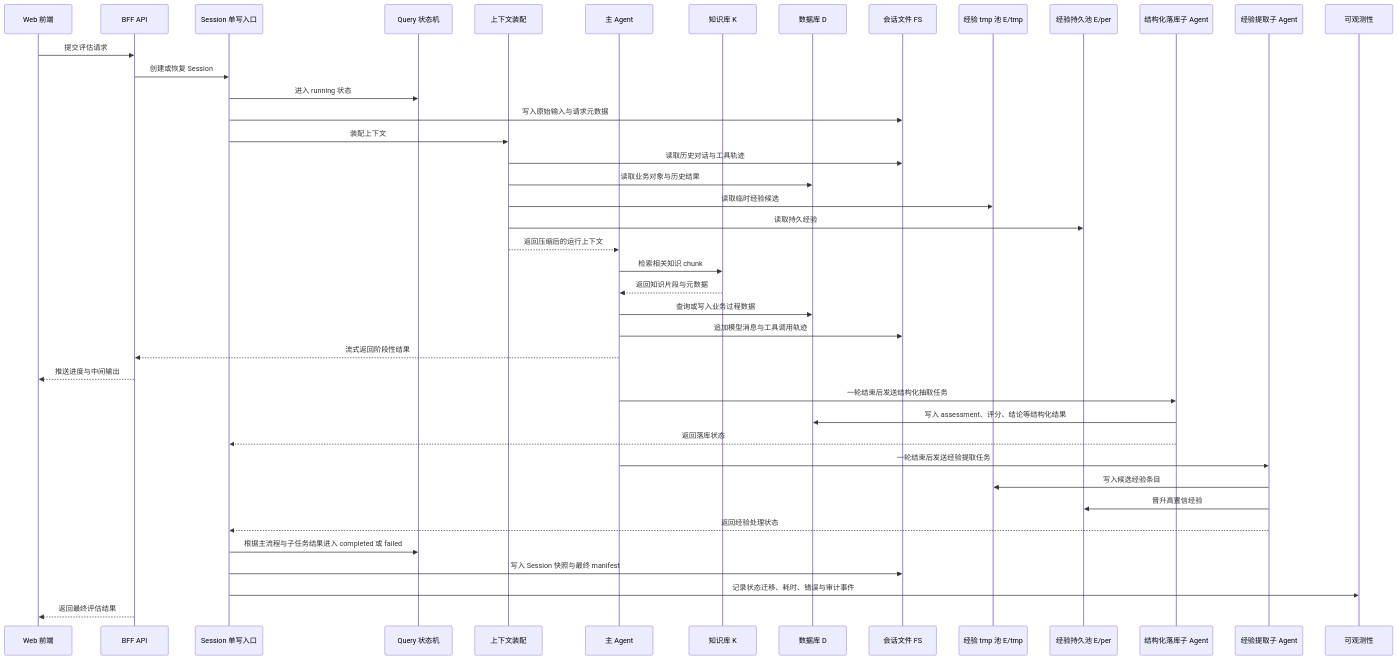
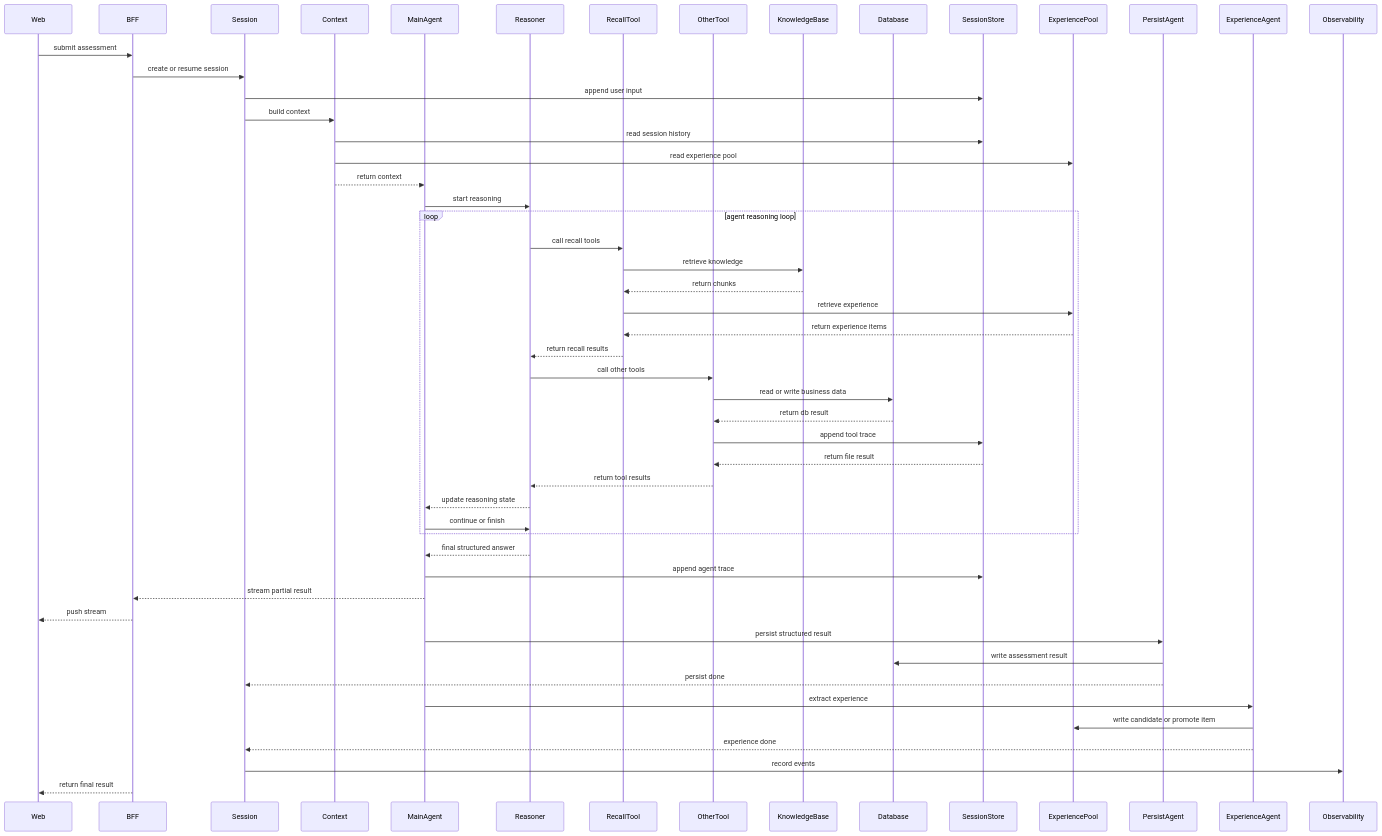
Before and after one commit to LB-Young/SZ: the second of 2 diagrams in docs/Architecture-Design.md, drawn with Mermaid. The commit also changed other lines of this file, not shown here.

````diff
--- a/docs/Architecture-Design.md
+++ b/docs/Architecture-Design.md
@@ -73,49 +95,60 @@
 ```mermaid
 sequenceDiagram
-  participant UI as Web 前端
-  participant API as BFF API
-  participant SM as Session 单写入口
-  participant FSM as Query 状态机
-  participant CTX as 上下文装配
-  participant MA as 主 Agent
-  participant KB as 知识库 K
-  participant DB as 数据库 D
-  participant FS as 会话文件 FS
-  participant TMP as 经验 tmp 池 E/tmp
-  participant PER as 经验持久池 E/per
-  participant SP as 结构化落库子 Agent
-  participant SE as 经验提取子 Agent
-  participant OBS as 可观测性
+    participant UI as Web
+    participant API as BFF
+    participant SM as Session
+    participant CTX as Context
+    participant MA as MainAgent
+    participant RS as Reasoner
+    participant RT as RecallTool
+    participant OT as OtherTool
+    participant KB as KnowledgeBase
+    participant DB as Database
+    participant FS as SessionStore
+    participant EXP as ExperiencePool
+    participant SP as PersistAgent
+    participant SE as ExperienceAgent
+    participant OBS as Observability
 
-  UI->>API: 提交评估请求
-  API->>SM: 创建或恢复 Session
-  SM->>FSM: 进入 running 状态
-  SM->>FS: 写入原始输入与请求元数据
-  SM->>CTX: 装配上下文
-  CTX->>FS: 读取历史对话与工具轨迹
-  CTX->>DB: 读取业务对象与历史结果
-  CTX->>TMP: 读取临时经验候选
-  CTX->>PER: 读取持久经验
-  CTX-->>MA: 返回压缩后的运行上下文
+    UI->>API: submit assessment
+    API->>SM: create or resume session
+    SM->>FS: append user input
+    SM->>CTX: build context
+    CTX->>FS: read session history
+    CTX->>EXP: read experience pool
+    CTX-->>MA: return context
 
-  MA->>KB: 检索相关知识 chunk
-  KB-->>MA: 返回知识片段与元数据
-  MA->>DB: 查询或写入业务过程数据
-  MA->>FS: 追加模型消息与工具调用轨迹
-  MA-->>API: 流式返回阶段性结果
-  API-->>UI: 推送进度与中间输出
+    MA->>RS: start reasoning
+    loop agent reasoning loop
+        RS->>RT: call recall tools
+        RT->>KB: retrieve knowledge
+        KB-->>RT: return chunks
+        RT->>EXP: retrieve experience
+        EXP-->>RT: return experience items
+        RT-->>RS: return recall results
+        RS->>OT: call other tools
+        OT->>DB: read or write business data
+        DB-->>OT: return db result
+        OT->>FS: append tool trace
+        FS-->>OT: return file result
+        OT-->>RS: return tool results
+        RS-->>MA: update reasoning state
+        MA->>RS: continue or finish
+    end
 
-  MA->>SP: 一轮结束后发送结构化抽取任务
-  SP->>DB: 写入 assessment、评分、结论等结构化结果
-  SP-->>SM: 返回落库状态
+    RS-->>MA: final structured answer
+    MA->>FS: append agent trace
+    MA-->>API: stream partial result
+    API-->>UI: push stream
 
-  MA->>SE: 一轮结束后发送经验提取任务
-  SE->>TMP: 写入候选经验条目
-  SE->>PER: 晋升高置信经验
-  SE-->>SM: 返回经验处理状态
+    MA->>SP: persist structured result
+    SP->>DB: write assessment result
+    SP-->>SM: persist done
 
-  SM->>FSM: 根据主流程与子任务结果进入 completed 或 failed
-  SM->>FS: 写入 Session 快照与最终 manifest
-  SM->>OBS: 记录状态迁移、耗时、错误与审计事件
-  API-->>UI: 返回最终评估结果
+    MA->>SE: extract experience
+    SE->>EXP: write candidate or promote item
+    SE-->>SM: experience done
+
+    SM->>OBS: record events
+    API-->>UI: return final result
 ```
````
